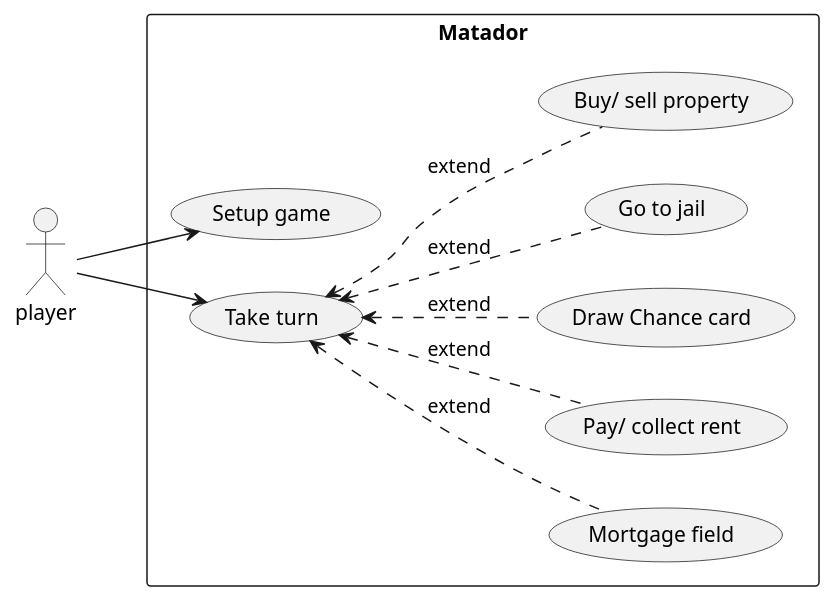
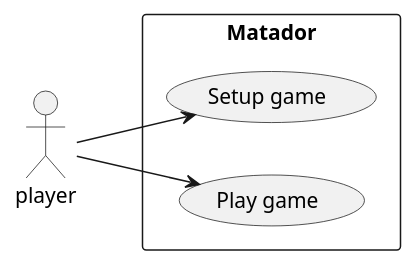
Before and after one commit to GabeKierk889/gruppe-18: the diagram in 18_final/UML/UseCaseDiagram.puml, drawn with PlantUML.

Commit message:
Updated use case diagram

```diff
--- a/18_final/UML/UseCaseDiagram.puml
+++ b/18_final/UML/UseCaseDiagram.puml
@@ -1,30 +1,21 @@
 @startuml
 'https://plantuml.com/use-case-diagram
 
 left to right direction
 
 actor player
 
 rectangle Matador {
     usecase "Setup game" as uc1
 
-    usecase "Take turn" as uc2
-    usecase "Mortgage field" as uc2.1
-    usecase "Pay/ collect rent" as uc2.2
-    usecase "Draw Chance card" as uc2.3
-    usecase "Go to jail" as uc2.4
-    usecase "Buy/ sell property" as uc2.5
+    usecase "Play game" as uc2
 
 }
 
 player --> uc1
 
 player --> uc2
-uc2 <.. uc2.1 : extend
-uc2 <.. uc2.2 : extend
-uc2 <.. uc2.3 : extend
-uc2 <.. uc2.4 : extend
-uc2 <.. uc2.5 : extend
+
 
 
 @enduml
```
